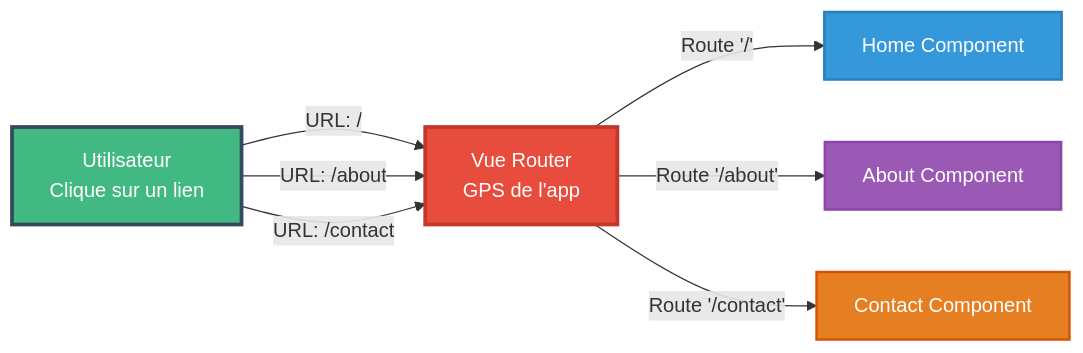
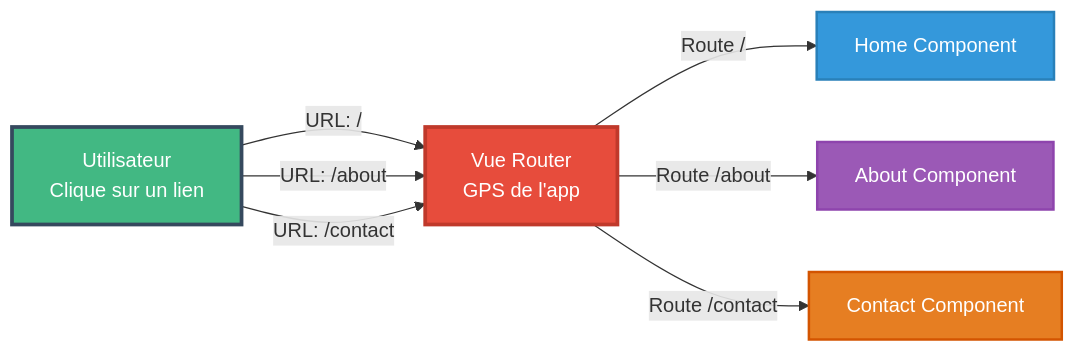
Before and after one commit to JSurquin/pylowt: the first of 2 diagrams in pages/module5-vue-router.md, drawn with Mermaid. The commit also changed other lines of this file and 5 other files, not shown here.

````diff
--- a/pages/module5-vue-router.md
+++ b/pages/module5-vue-router.md
@@ -23,22 +38,22 @@
 ```mermaid
 graph LR
     U[Utilisateur<br/>Clique sur un lien]
     R[Vue Router<br/>GPS de l'app]
     H[Home Component]
     A[About Component]
     C[Contact Component]
     
     U -->|URL: /| R
     U -->|URL: /about| R
     U -->|URL: /contact| R
     
-    R -->|Route '/'| H
-    R -->|Route '/about'| A
-    R -->|Route '/contact'| C
+    R -->|Route /| H
+    R -->|Route /about| A
+    R -->|Route /contact| C
     
     style U fill:#42b883,stroke:#35495e,stroke-width:3px,color:#fff
     style R fill:#e74c3c,stroke:#c0392b,stroke-width:3px,color:#fff
     style H fill:#3498db,stroke:#2980b9,stroke-width:2px,color:#fff
     style A fill:#9b59b6,stroke:#8e44ad,stroke-width:2px,color:#fff
     style C fill:#e67e22,stroke:#d35400,stroke-width:2px,color:#fff
 ```
````
